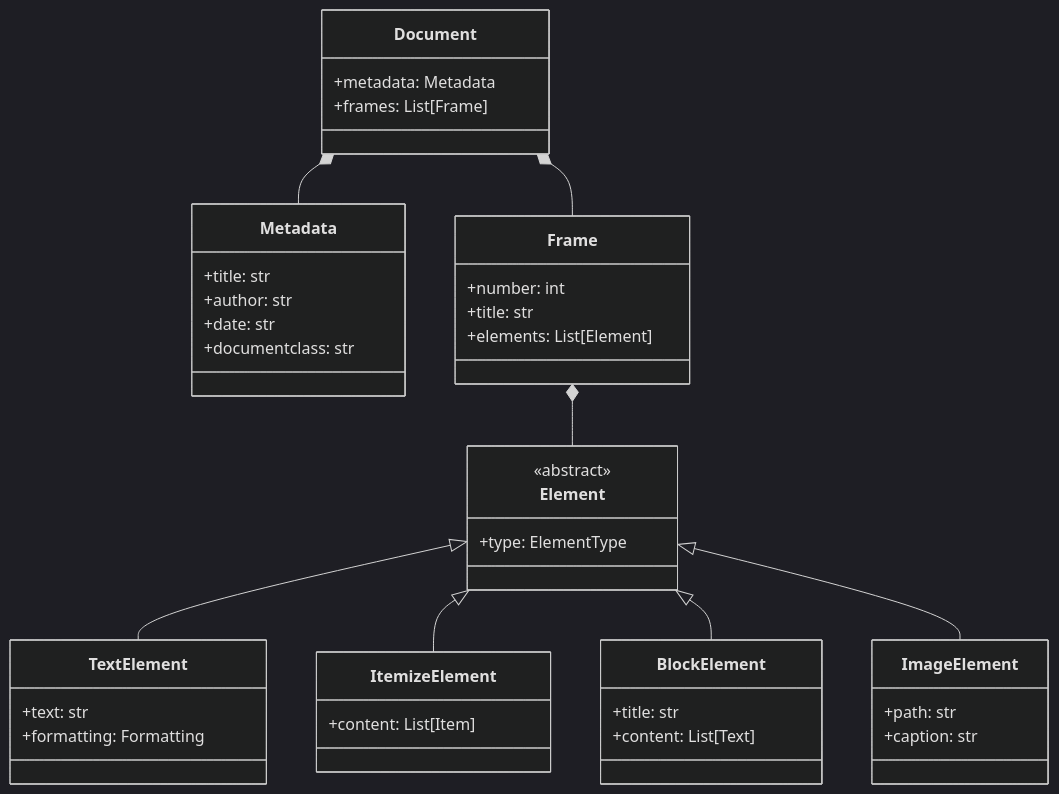
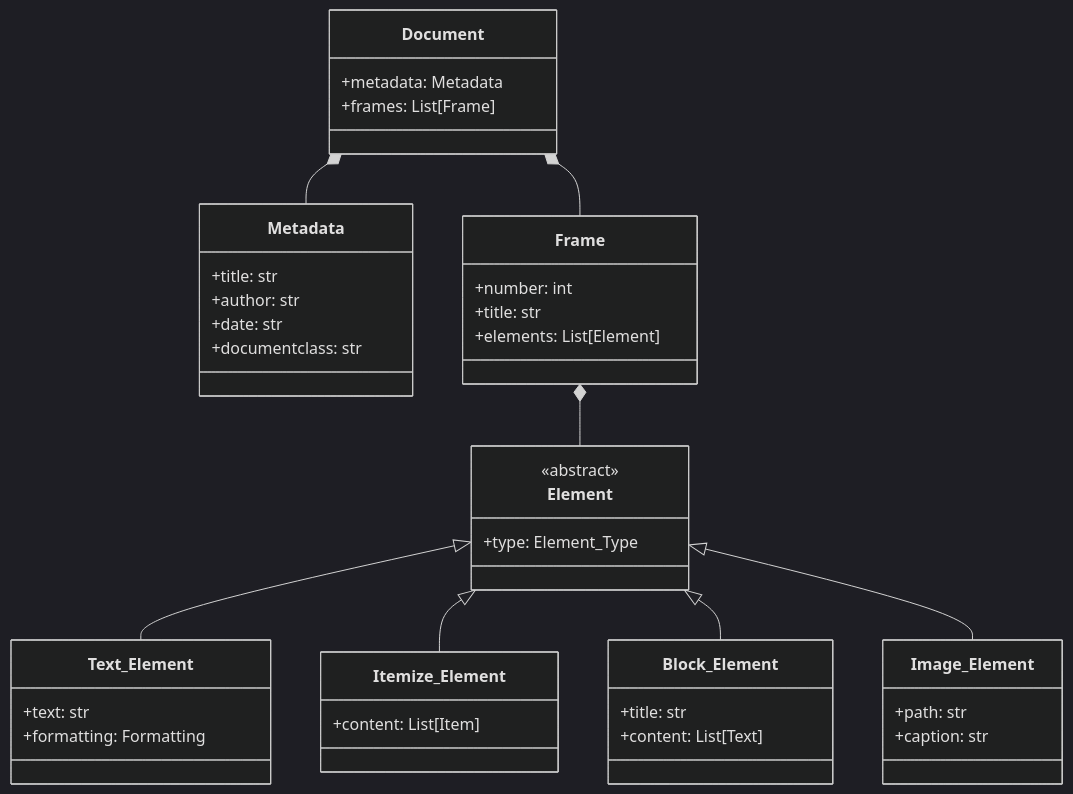
The second of 7 diagrams in docs/class-diagrams.md (marvins/slide-forge), drawn with Mermaid (dark theme) before and after one commit. The commit also changed other lines of this file and 9 other files, not shown here.

````diff
--- a/docs/class-diagrams.md
+++ b/docs/class-diagrams.md
@@ -46,53 +46,53 @@
 ```mermaid
 classDiagram
     class Document {
         +metadata: Metadata
         +frames: List[Frame]
     }
 
     class Metadata {
         +title: str
         +author: str
         +date: str
         +documentclass: str
     }
 
     class Frame {
         +number: int
         +title: str
         +elements: List[Element]
     }
 
     class Element {
         <<abstract>>
-        +type: ElementType
+        +type: Element_Type
     }
 
-    class TextElement {
+    class Text_Element {
         +text: str
         +formatting: Formatting
     }
 
-    class ItemizeElement {
+    class Itemize_Element {
         +content: List[Item]
     }
 
-    class BlockElement {
+    class Block_Element {
         +title: str
         +content: List[Text]
     }
 
-    class ImageElement {
+    class Image_Element {
         +path: str
         +caption: str
     }
 
-    Element <|-- TextElement
-    Element <|-- ItemizeElement
-    Element <|-- BlockElement
-    Element <|-- ImageElement
+    Element <|-- Text_Element
+    Element <|-- Itemize_Element
+    Element <|-- Block_Element
+    Element <|-- Image_Element
 
     Document *-- Metadata
     Document *-- Frame
     Frame *-- Element
 ```
````
